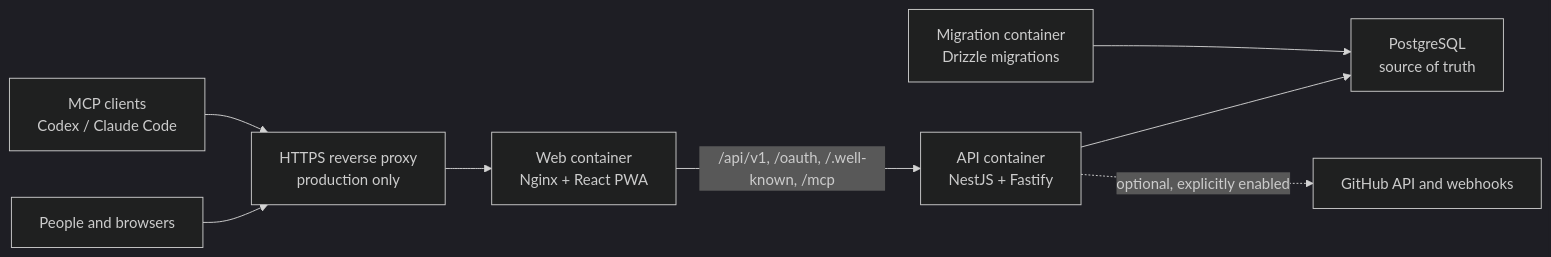
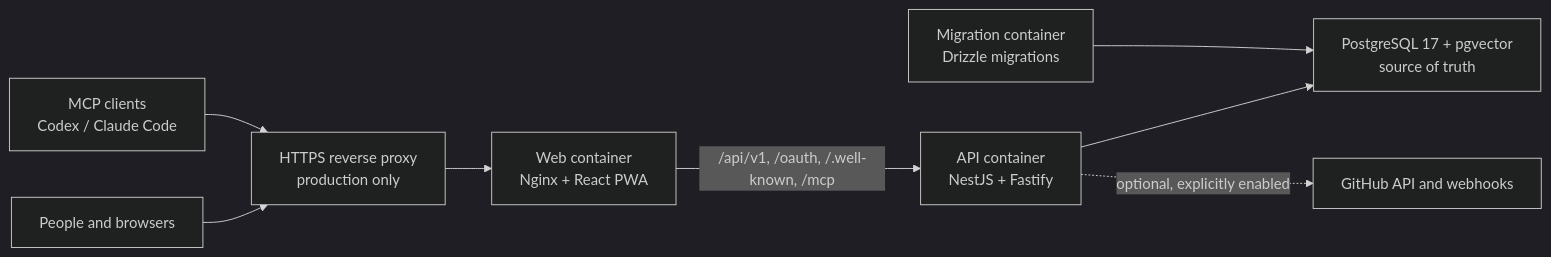
The first of 3 diagrams in docs/architecture.md (kstroevsky/anklav), drawn with Mermaid (dark theme) before and after one commit. The commit also changed other lines of this file and 24 other files, not shown here.

````diff
--- a/docs/architecture.md
+++ b/docs/architecture.md
@@ -26,10 +26,10 @@
 ```mermaid
 flowchart LR
   person["People and browsers"] --> proxy["HTTPS reverse proxy\nproduction only"]
   agent["MCP clients\nCodex / Claude Code"] --> proxy
   proxy --> web["Web container\nNginx + React PWA"]
   web -->|"/api/v1, /oauth, /.well-known, /mcp"| api["API container\nNestJS + Fastify"]
-  api --> db["PostgreSQL\nsource of truth"]
+  api --> db["PostgreSQL 17 + pgvector\nsource of truth"]
   migrate["Migration container\nDrizzle migrations"] --> db
   api -. "optional, explicitly enabled" .-> github["GitHub API and webhooks"]
 ```
````
